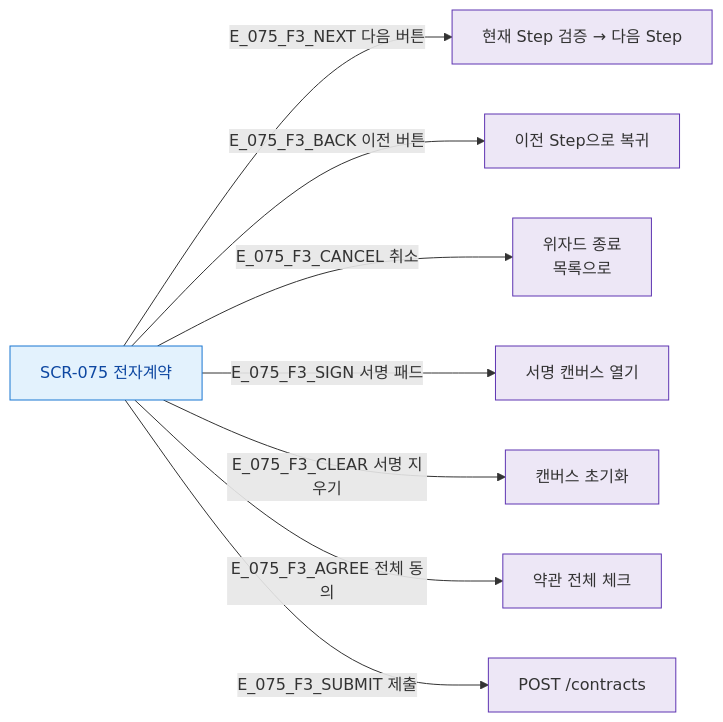
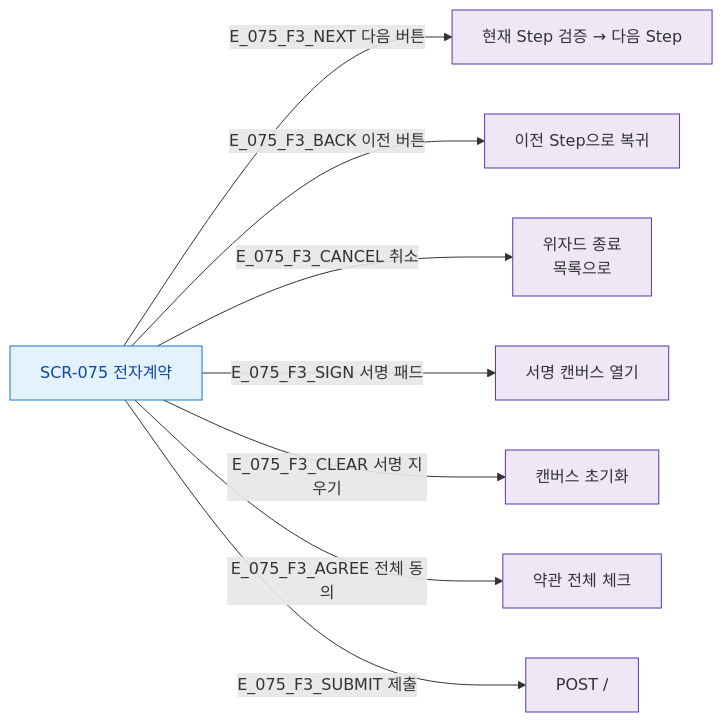
The diagram in docs/다이어그램/D08_마케팅/SCR-075_전자계약/F3_버튼액션.md (dev-spogym/admin-pando), drawn with Mermaid before and after one commit. The commit also changed other lines of this file and 1660 other files, not shown here.

First line of the commit message:
다이어그램: 기획자/클라이언트 납품본으로 정리

````diff
--- a/docs/다이어그램/D08_마케팅/SCR-075_전자계약/F3_버튼액션.md
+++ b/docs/다이어그램/D08_마케팅/SCR-075_전자계약/F3_버튼액션.md
@@ -14,18 +12,18 @@
 ```mermaid
 flowchart LR
   SCR_075[SCR-075 전자계약]
 
-  SCR_075 -->|E_075_F3_NEXT 다음 버튼| BTN_NEXT[현재 Step 검증 → 다음 Step]
-  SCR_075 -->|E_075_F3_BACK 이전 버튼| BTN_BACK[이전 Step으로 복귀]
-  SCR_075 -->|E_075_F3_CANCEL 취소| BTN_CANCEL[위자드 종료\n목록으로]
-  SCR_075 -->|E_075_F3_SIGN 서명 패드| BTN_SIGN[서명 캔버스 열기]
-  SCR_075 -->|E_075_F3_CLEAR 서명 지우기| BTN_CLEAR[캔버스 초기화]
-  SCR_075 -->|E_075_F3_AGREE 전체 동의| BTN_AGREE[약관 전체 체크]
-  SCR_075 -->|E_075_F3_SUBMIT 제출| BTN_SUBMIT[POST /contracts]
+  SCR_075 -->|E_075_F3_NEXT 다음 버튼|BTN_NEXT[현재 Step 검증 → 다음 Step]
+  SCR_075 -->|E_075_F3_BACK 이전 버튼|BTN_BACK[이전 Step으로 복귀]
+  SCR_075 -->|E_075_F3_CANCEL 취소|BTN_CANCEL[위자드 종료\n목록으로]
+  SCR_075 -->|E_075_F3_SIGN 서명 패드|BTN_SIGN[서명 캔버스 열기]
+  SCR_075 -->|E_075_F3_CLEAR 서명 지우기|BTN_CLEAR[캔버스 초기화]
+  SCR_075 -->|E_075_F3_AGREE 전체 동의|BTN_AGREE[약관 전체 체크]
+  SCR_075 -->|E_075_F3_SUBMIT 제출|BTN_SUBMIT[POST /]
 
   classDef screen fill:#E3F2FD,stroke:#1976D2,color:#0D47A1
   classDef system fill:#EDE7F6,stroke:#5E35B2
 
   class SCR_075 screen
   class BTN_NEXT,BTN_BACK,BTN_CANCEL,BTN_SIGN,BTN_CLEAR,BTN_AGREE,BTN_SUBMIT system
 ```
````
